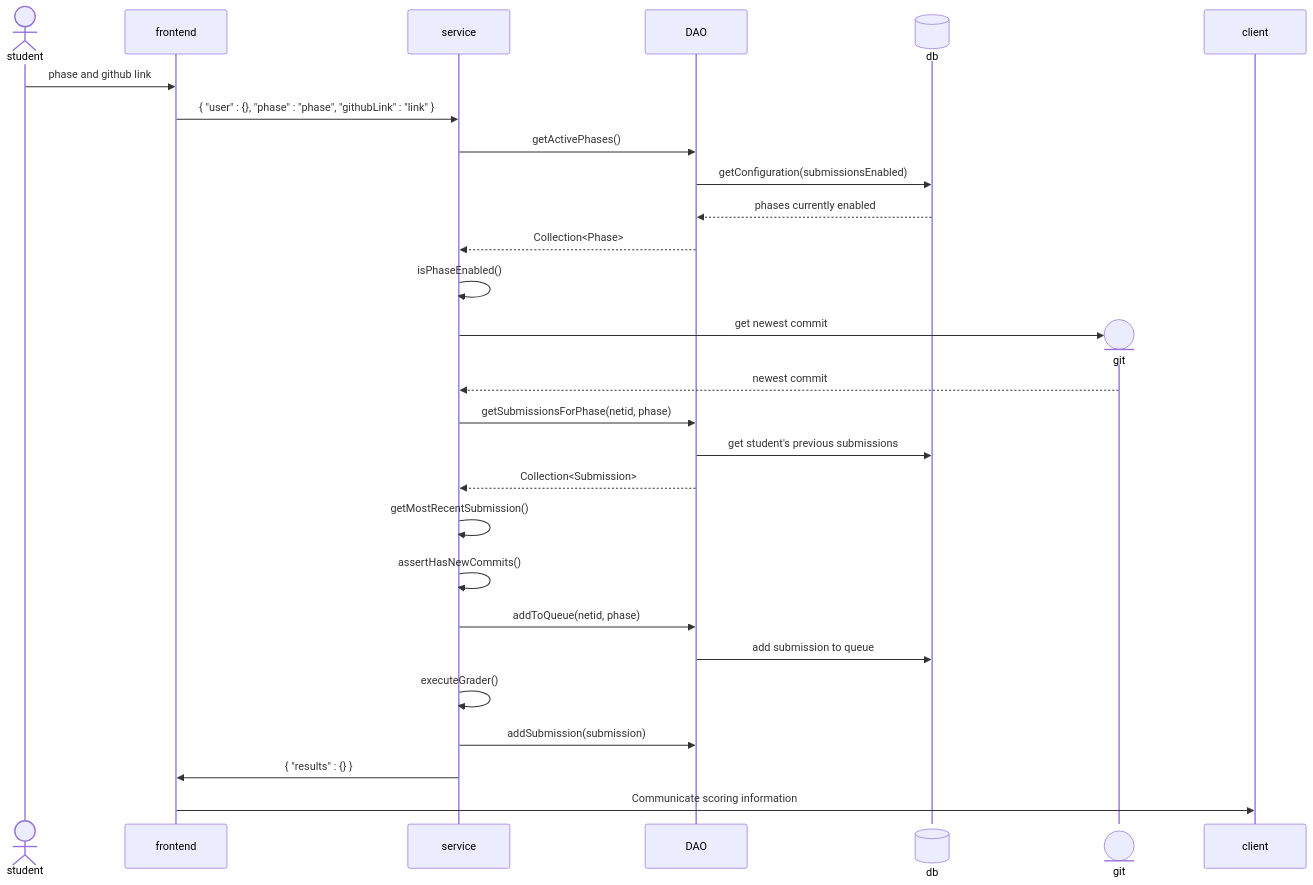
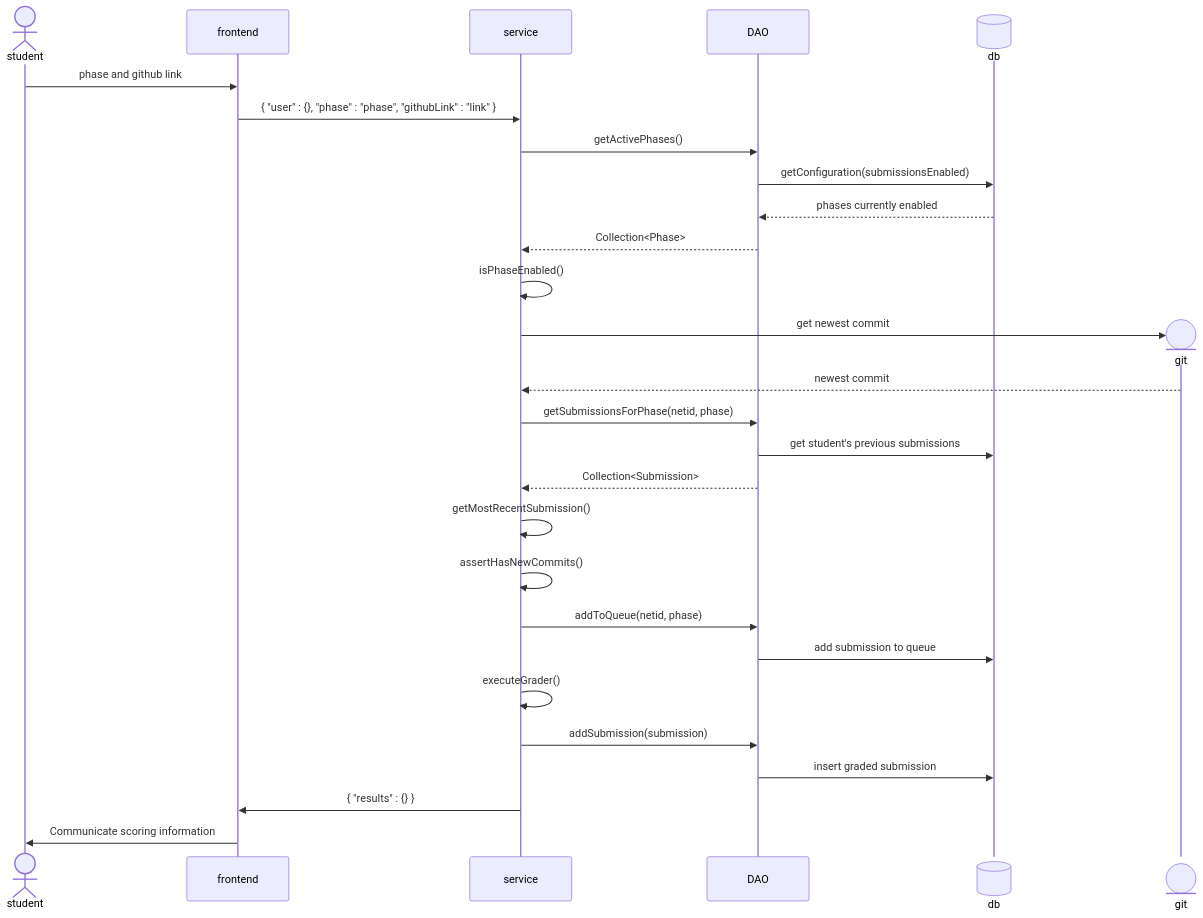
One commit to softwareconstruction240/autograder changed the first of 2 diagrams in docs/overall-grading-flow.md. Above: the diagram before and after it, drawn with Mermaid. The commit also changed other lines of this file, not shown here.

Commit message:
fix diagram structure

````diff
--- a/docs/overall-grading-flow.md
+++ b/docs/overall-grading-flow.md
@@ -21,31 +21,32 @@
 ```mermaid
 sequenceDiagram
     actor student
     participant frontend
     participant service
     participant dao as DAO
     participant db@{ "type" : "database" }
     student->>frontend:phase and github link
     frontend->>service:{ "user" : {}, "phase" : "phase", "githubLink" : "link" }
     service->>dao:getActivePhases()
     dao->>db:getConfiguration(submissionsEnabled)
     db-->>dao:phases currently enabled
     dao-->>service:Collection<Phase>
     service->>service: isPhaseEnabled()
     
     create participant git@{ "type" : "entity" }
     service->>git:get newest commit
     git-->>service:newest commit
     service->>dao:getSubmissionsForPhase(netid, phase)
     dao->>db:get student's previous submissions
     dao-->>service:Collection<Submission>
     service->>service:getMostRecentSubmission()
     service->>service:assertHasNewCommits()
     
     service->>dao:addToQueue(netid, phase)
     dao->>db:add submission to queue
     service->>service:executeGrader()
     service->>dao:addSubmission(submission)
+    dao->>db:insert graded submission
     service->>frontend:{ "results" : {} }
-    frontend->>client:Communicate scoring information
+    frontend->>student:Communicate scoring information
 ```
````
